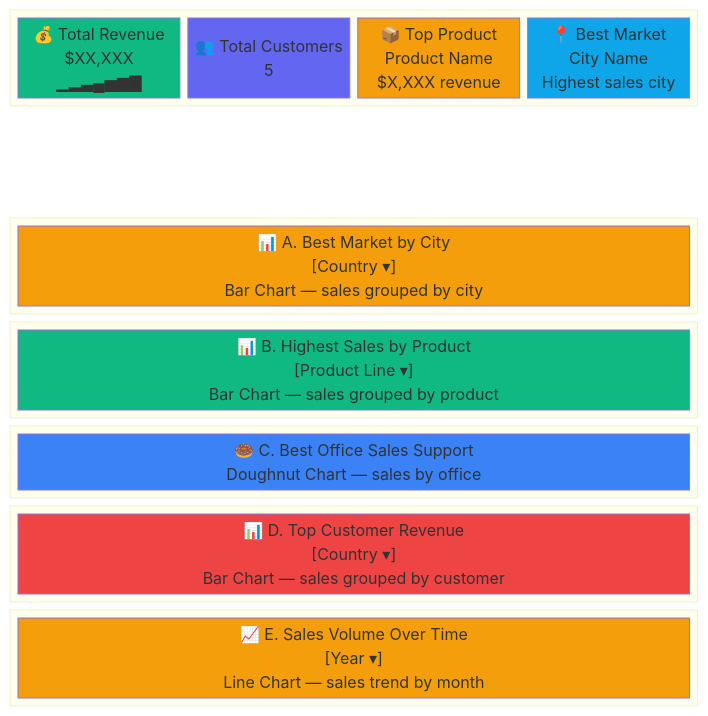
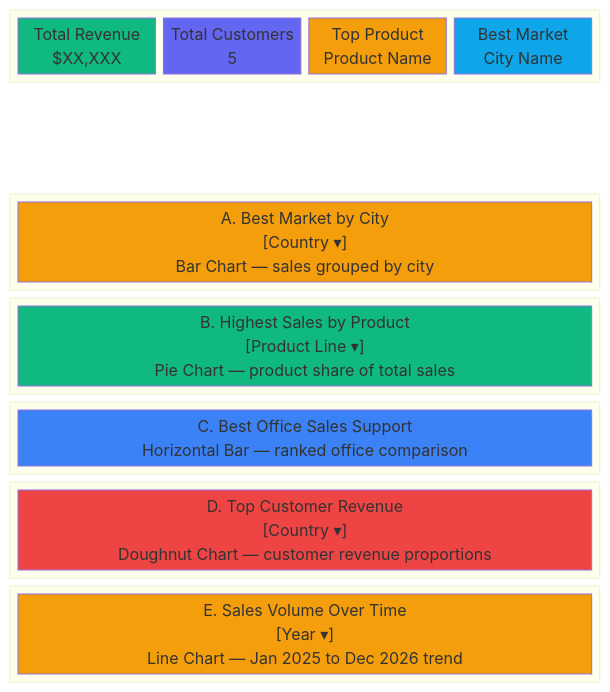
One commit to illocean/bi_project changed the second of 2 diagrams in dashboard/docs/DOCUMENTATION.md. Above: the diagram before and after it, drawn with Mermaid. The commit also changed other lines of this file and 3 other files, not shown here.

Commit message:
docs: update all READMEs and documentation with unique chart types and expanded data coverage

````diff
--- a/dashboard/docs/DOCUMENTATION.md
+++ b/dashboard/docs/DOCUMENTATION.md
@@ -151,49 +156,49 @@
 ```mermaid
 block-beta
     columns 4
 
     block:kpis:4
         columns 4
-        Revenue["💰 Total Revenue\n$XX,XXX\n▁▂▃▄▅▆▇"]
-        Customers["👥 Total Customers\n5"]
-        TopProd["📦 Top Product\nProduct Name\n$X,XXX revenue"]
-        BestCity["📍 Best Market\nCity Name\nHighest sales city"]
+        Revenue["Total Revenue\n$XX,XXX"]
+        Customers["Total Customers\n5"]
+        TopProd["Top Product\nProduct Name"]
+        BestCity["Best Market\nCity Name"]
     end
 
     space:4
 
     block:chartA:4
         columns 1
-        A["📊 A. Best Market by City\n[Country ▾]\nBar Chart — sales grouped by city"]
+        A["A. Best Market by City\n[Country ▾]\nBar Chart — sales grouped by city"]
     end
 
     block:chartB:4
         columns 1
-        B["📊 B. Highest Sales by Product\n[Product Line ▾]\nBar Chart — sales grouped by product"]
+        B["B. Highest Sales by Product\n[Product Line ▾]\nPie Chart — product share of total sales"]
     end
 
     block:chartC:4
         columns 1
-        C["🍩 C. Best Office Sales Support\nDoughnut Chart — sales by office"]
+        C["C. Best Office Sales Support\nHorizontal Bar — ranked office comparison"]
     end
 
     block:chartD:4
         columns 1
-        D["📊 D. Top Customer Revenue\n[Country ▾]\nBar Chart — sales grouped by customer"]
+        D["D. Top Customer Revenue\n[Country ▾]\nDoughnut Chart — customer revenue proportions"]
     end
 
     block:chartE:4
         columns 1
-        E["📈 E. Sales Volume Over Time\n[Year ▾]\nLine Chart — sales trend by month"]
+        E["E. Sales Volume Over Time\n[Year ▾]\nLine Chart — Jan 2025 to Dec 2026 trend"]
     end
 
     style Revenue fill:#10b981,color:#fff
     style Customers fill:#6366f1,color:#fff
     style TopProd fill:#f59e0b,color:#fff
     style BestCity fill:#0ea5e9,color:#fff
     style A fill:#f59e0b,color:#fff
     style B fill:#10b981,color:#fff
     style C fill:#3b82f6,color:#fff
     style D fill:#ef4444,color:#fff
     style E fill:#f59e0b,color:#fff
 ```
````
